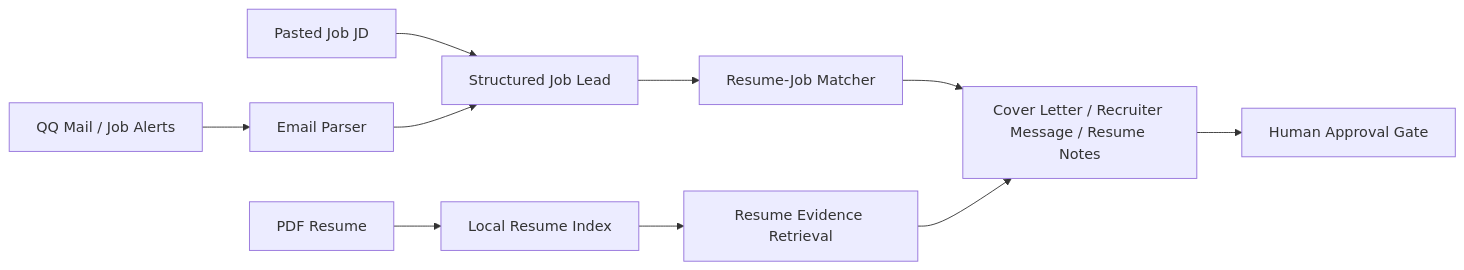
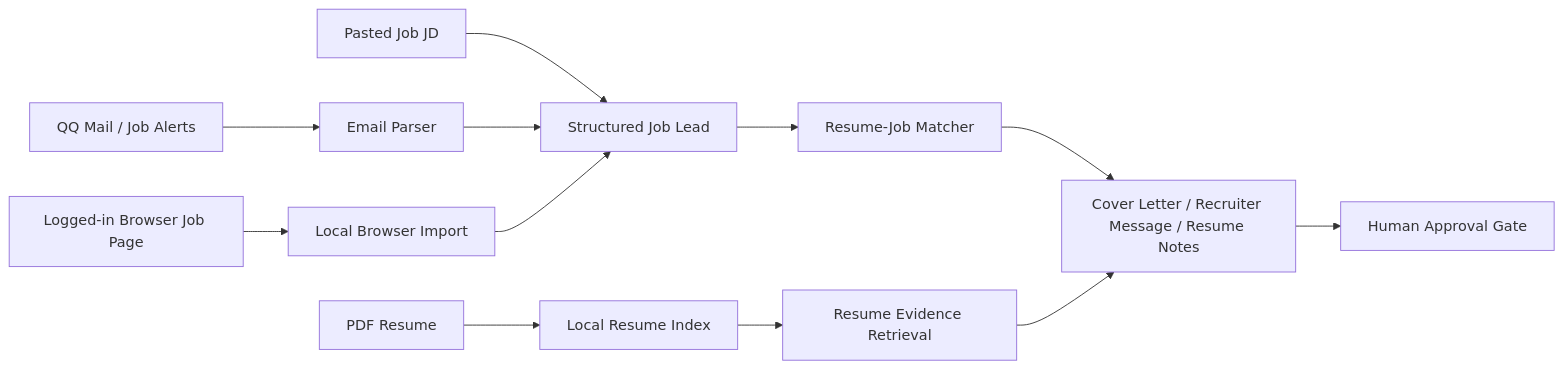
One commit to ak47h6c2/ai-job-application-agent changed the diagram in README.md. Above: the diagram before and after it, drawn with Mermaid. The commit also changed other lines of this file and 5 other files, not shown here.

Commit message:
Add browser job import mode

````diff
--- a/README.md
+++ b/README.md
@@ -116,12 +118,14 @@
 ```mermaid
 flowchart LR
     Resume["PDF Resume"] --> Index["Local Resume Index"]
     Mail["QQ Mail / Job Alerts"] --> Parser["Email Parser"]
+    Browser["Logged-in Browser Job Page"] --> Import["Local Browser Import"]
     Manual["Pasted Job JD"] --> Lead["Structured Job Lead"]
     Parser --> Lead
+    Import --> Lead
     Lead --> Matcher["Resume-Job Matcher"]
     Index --> Retriever["Resume Evidence Retrieval"]
     Matcher --> Drafts["Cover Letter / Recruiter Message / Resume Notes"]
     Retriever --> Drafts
     Drafts --> Review["Human Approval Gate"]
 ```
````
